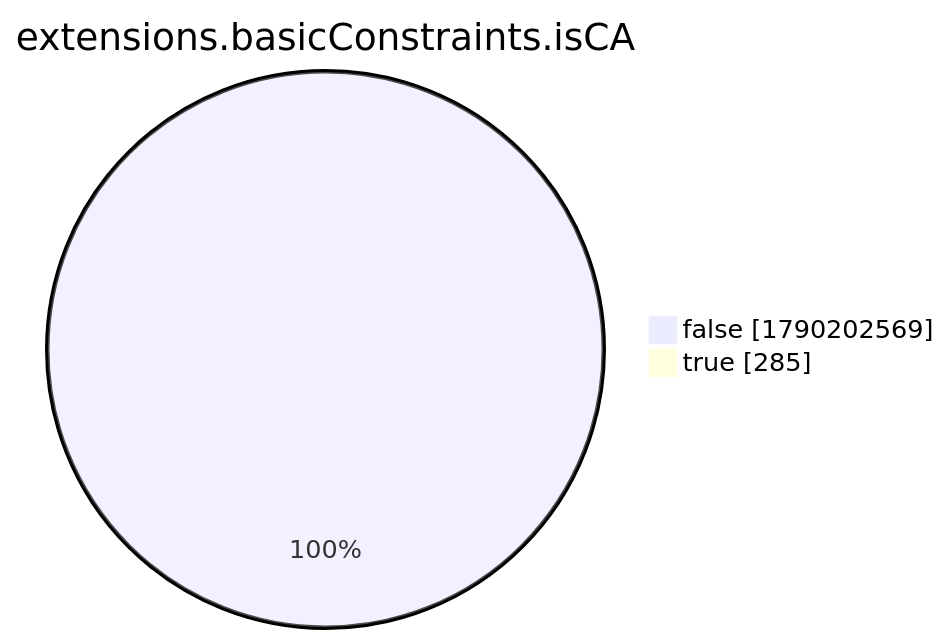
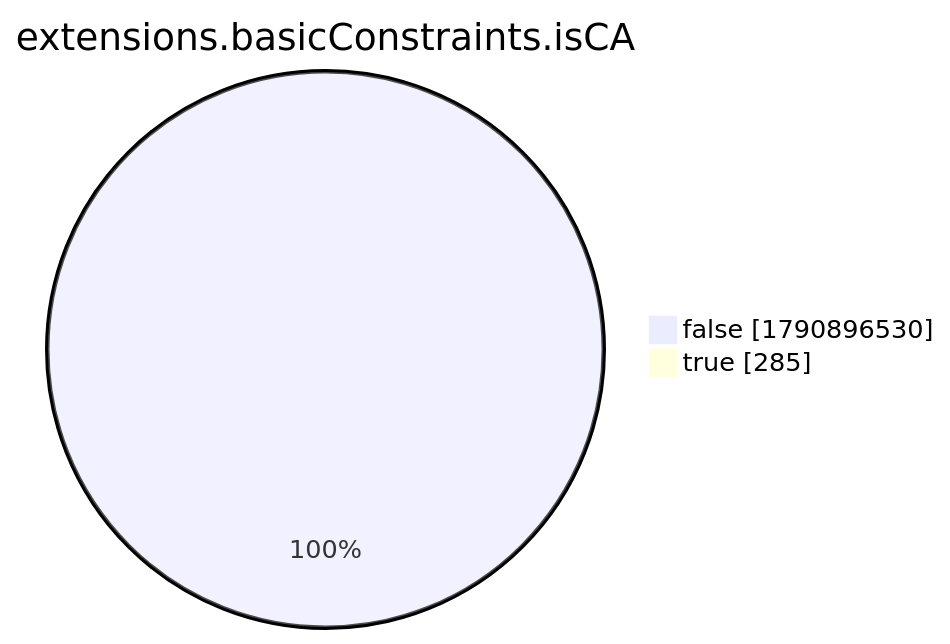
Before and after one commit to christiankrug/ctmonitor_visualization: the eighth of 15 diagrams in xenon2022/README.md, drawn with Mermaid. The commit also changed other lines of this file, not shown here.

````diff
--- a/xenon2022/README.md
+++ b/xenon2022/README.md
@@ -2868,6 +2868,6 @@
 ```mermaid
 pie showData
 title extensions.basicConstraints.isCA
-"false" :1790202569
+"false" :1790896530
 "true" :285
 ```
````
